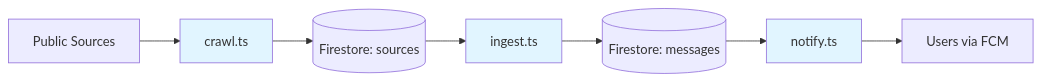
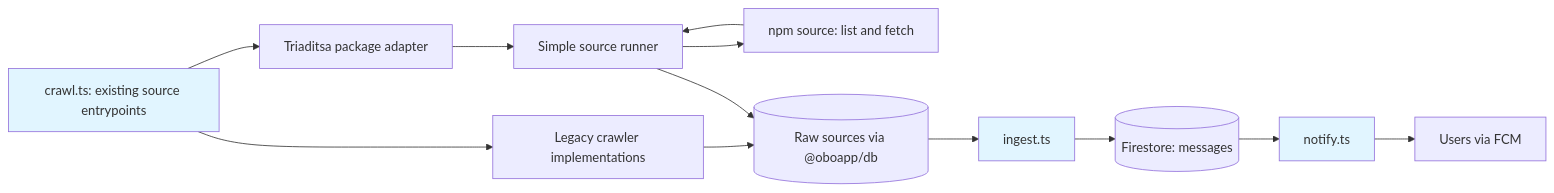
The diagram in ingest/README.md (vbuch/oboapp), drawn with Mermaid before and after one commit. The commit also changed other lines of this file and 5 other files, not shown here.

First line of the commit message:
docs(ingest): explain the temporary mixed source architecture (#30)

````diff
--- a/ingest/README.md
+++ b/ingest/README.md
@@ -13,13 +13,18 @@
 ```mermaid
 graph LR
-    A[Public Sources] --> B[crawl.ts]
-    B --> C[(Firestore: sources)]
+    B[crawl.ts: existing source entrypoints] --> L[Legacy crawler implementations]
+    B --> T[Triaditsa package adapter]
+    T --> R[Simple source runner]
+    R --> P[npm source: list and fetch]
+    P --> R
+    L --> C[(Raw sources via @oboapp/db)]
+    R --> C
     C --> D[ingest.ts]
     D --> E[(Firestore: messages)]
     E --> F[notify.ts]
     F --> G[Users via FCM]
 
     style B fill:#e1f5ff
     style D fill:#e1f5ff
     style F fill:#e1f5ff
 ```
````
